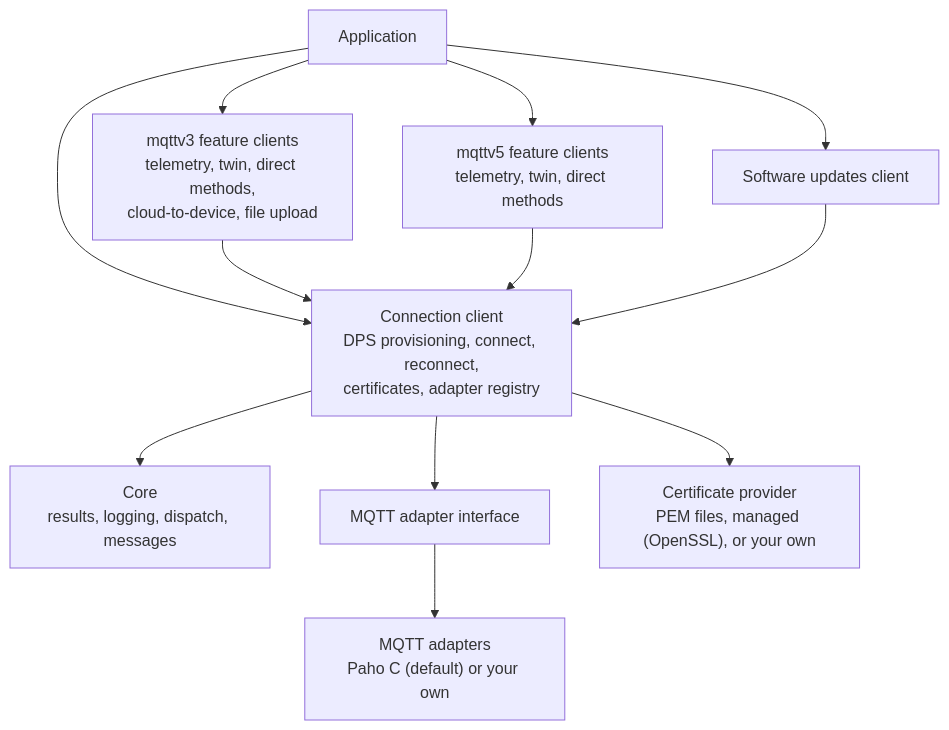
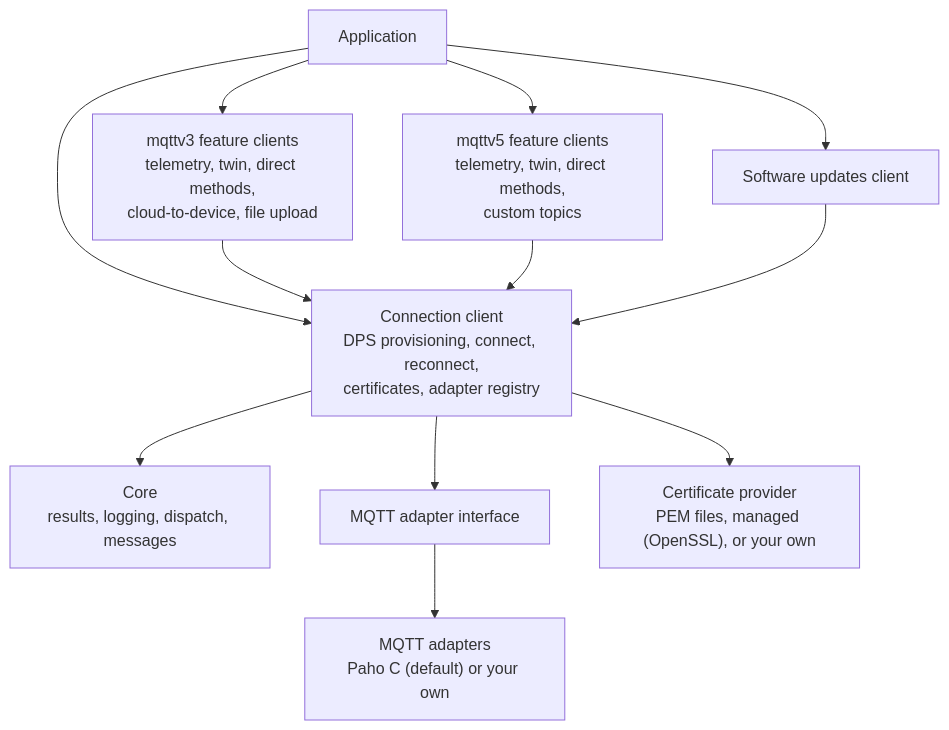
Before and after one commit to Azure/azure-iot-sdk: the diagram in c/docs/architecture.md, drawn with Mermaid. The commit also changed other lines of this file and 16 other files, not shown here.

First line of the commit message:
[C] mqttv5 custom topics: publish client

````diff
--- a/c/docs/architecture.md
+++ b/c/docs/architecture.md
@@ -25,20 +25,20 @@
 ```mermaid
 flowchart TB
     APP["Application"]
     V3["mqttv3 feature clients<br/>telemetry, twin, direct methods,<br/>cloud-to-device, file upload"]
-    V5["mqttv5 feature clients<br/>telemetry, twin, direct methods"]
+    V5["mqttv5 feature clients<br/>telemetry, twin, direct methods,<br/>custom topics"]
     SU["Software updates client"]
     CONN["Connection client<br/>DPS provisioning, connect, reconnect,<br/>certificates, adapter registry"]
     CORE["Core<br/>results, logging, dispatch, messages"]
     IFACE["MQTT adapter interface"]
     ADAPT["MQTT adapters<br/>Paho C (default) or your own"]
     CERT["Certificate provider<br/>PEM files, managed (OpenSSL), or your own"]
 
     APP --> V3 & V5 & SU & CONN
     V3 --> CONN
     V5 --> CONN
     SU --> CONN
     CONN --> CORE
     CONN --> CERT
     CONN --> IFACE --> ADAPT
 ```
````
